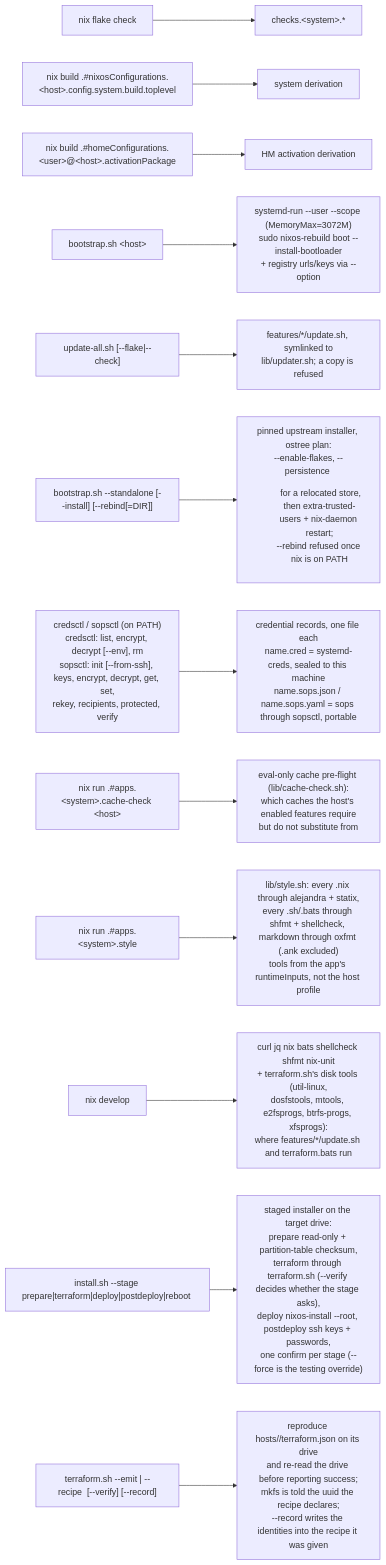
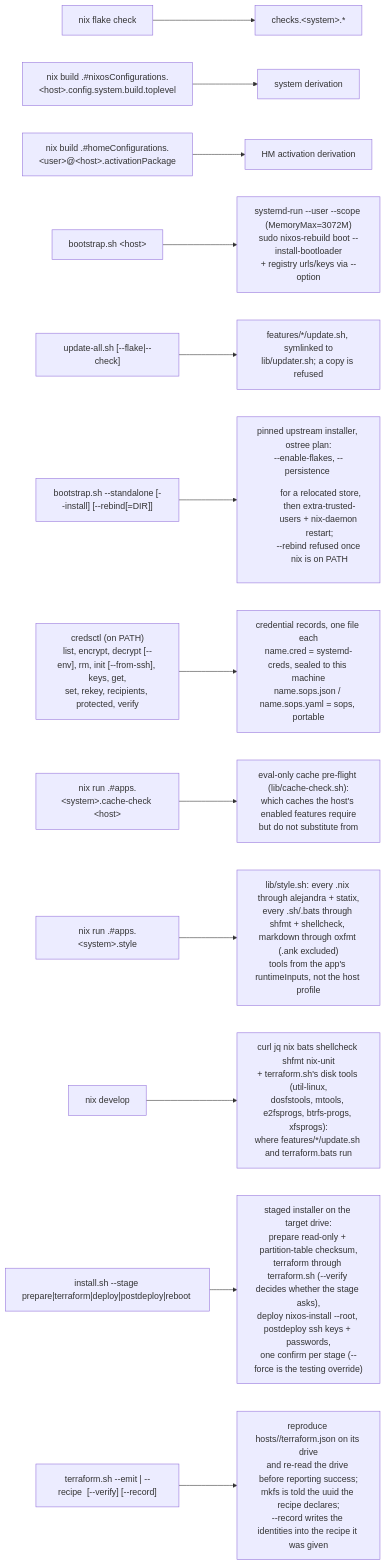
Before and after one commit to WombatFromHell/automatic-palm-tree: the seventh of 7 diagrams in DESIGN.md, drawn with Mermaid. The commit also changed other lines of this file and 52 other files, not shown here.

First line of the commit message:
hm-creds: one credsctl carries both credential backends

````diff
--- a/DESIGN.md
+++ b/DESIGN.md
@@ -409,15 +409,15 @@
 ```mermaid
 flowchart LR
   E["nix flake check"] --> CK["checks.&lt;system&gt;.*"]
   E2["nix build .#nixosConfigurations.&lt;host&gt;.config.system.build.toplevel"] --> NC["system derivation"]
   E3["nix build .#homeConfigurations.&lt;user&gt;@&lt;host&gt;.activationPackage"] --> HC["HM activation derivation"]
   E4["bootstrap.sh &lt;host&gt;"] --> RB["systemd-run --user --scope (MemoryMax=3072M)<br/>sudo nixos-rebuild boot --install-bootloader<br/>+ registry urls/keys via --option"]
   E5["update-all.sh [--flake|--check]"] --> UP["features/*/update.sh, symlinked to<br/>lib/updater.sh; a copy is refused"]
   E6["bootstrap.sh --standalone [--install] [--rebind[=DIR]]"] --> IN["pinned upstream installer, ostree plan:<br/>--enable-flakes, --persistence <dir> for a relocated store,<br/>then extra-trusted-users + nix-daemon restart;<br/>--rebind refused once nix is on PATH"]
-  E7["credsctl / sopsctl (on PATH)<br/>credsctl: list, encrypt, decrypt [--env], rm<br/>sopsctl: init [--from-ssh], keys, encrypt, decrypt, get, set,<br/>rekey, recipients, protected, verify"] --> CR["credential records, one file each<br/>name.cred = systemd-creds, sealed to this machine<br/>name.sops.json / name.sops.yaml = sops through sopsctl, portable"]
+  E7["credsctl (on PATH)<br/>list, encrypt, decrypt [--env], rm, init [--from-ssh], keys, get,<br/>set, rekey, recipients, protected, verify"] --> CR["credential records, one file each<br/>name.cred = systemd-creds, sealed to this machine<br/>name.sops.json / name.sops.yaml = sops, portable"]
   E8["nix run .#apps.&lt;system&gt;.cache-check &lt;host&gt;"] --> CF["eval-only cache pre-flight (lib/cache-check.sh):<br/>which caches the host's enabled features require<br/>but do not substitute from"]
   E9["nix run .#apps.&lt;system&gt;.style"] --> ST["lib/style.sh: every .nix through alejandra + statix,<br/>every .sh/.bats through shfmt + shellcheck, markdown through oxfmt (.ank excluded)<br/>tools from the app's runtimeInputs, not the host profile"]
   E10["nix develop"] --> DEV["curl jq nix bats shellcheck shfmt nix-unit<br/>+ terraform.sh's disk tools (util-linux,<br/>dosfstools, mtools, e2fsprogs, btrfs-progs, xfsprogs):<br/>where features/*/update.sh and terraform.bats run"]
   E11["install.sh --stage prepare|terraform|deploy|postdeploy|reboot <host>"] --> INS["staged installer on the target drive:<br/>prepare read-only + partition-table checksum,<br/>terraform through terraform.sh (--verify decides whether the stage asks),<br/>deploy nixos-install --root, postdeploy ssh keys + passwords,<br/>one confirm per stage (--force is the testing override)"]
   E12["terraform.sh --emit | --recipe <file> [--verify] [--record]"] --> DRV["reproduce hosts/<host>/terraform.json on its drive<br/>and re-read the drive before reporting success;<br/>mkfs is told the uuid the recipe declares;<br/>--record writes the identities into the recipe it was given"]
 ```
````
